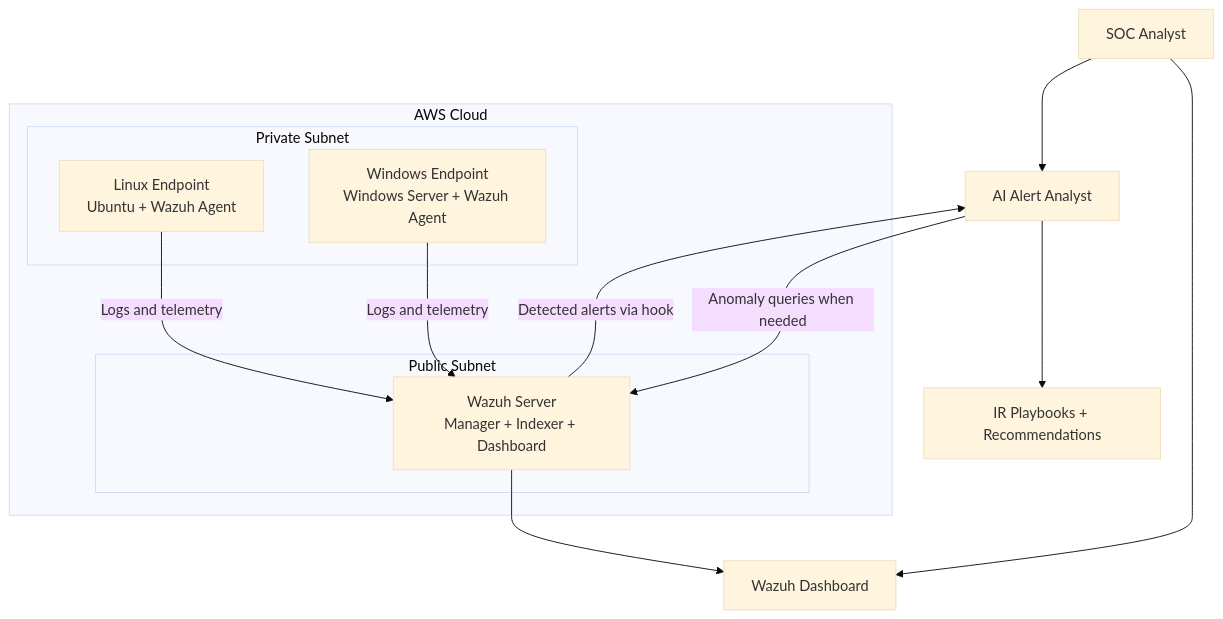
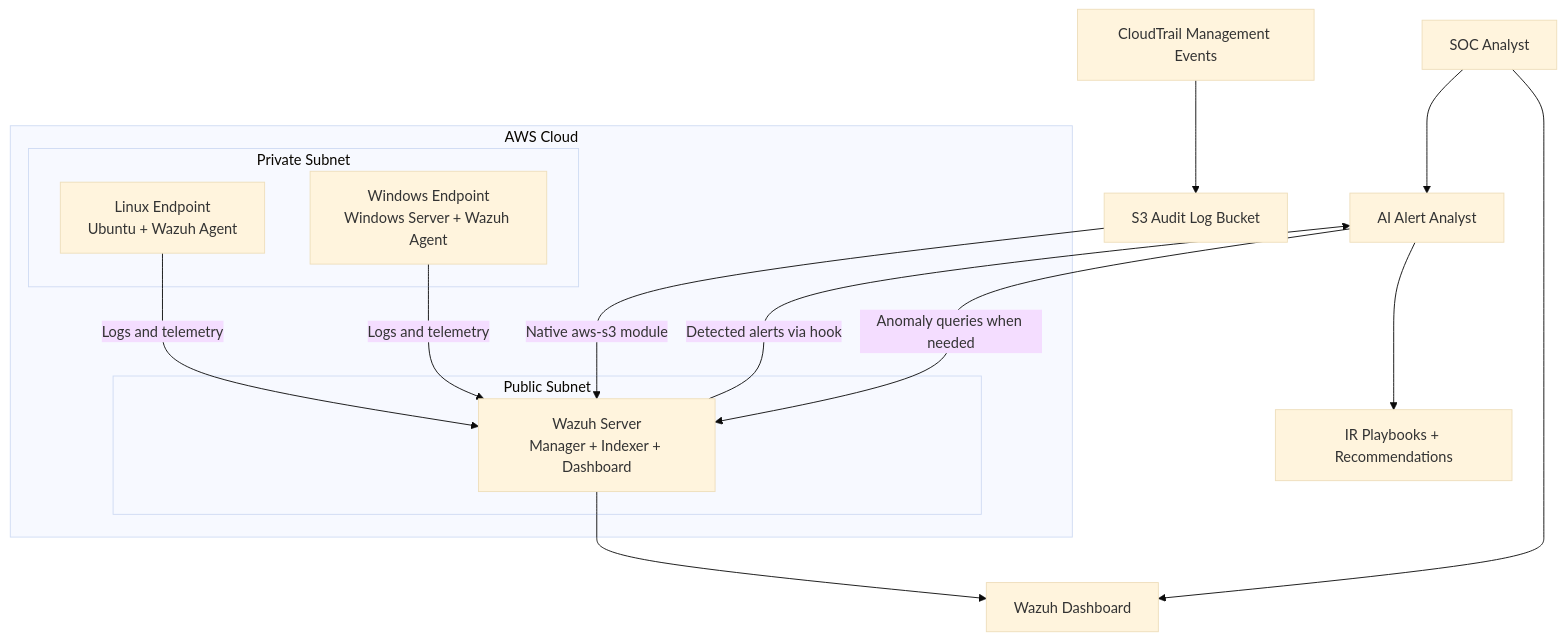
The diagram in README.md (trewwwsec/tf-aws-purple-lab), drawn with Mermaid (base theme) before and after one commit. The commit also changed other lines of this file and 7 other files, not shown here.

First line of the commit message:
Route AWS API audit logs into Wazuh natively

````diff
--- a/README.md
+++ b/README.md
@@ -48,22 +48,24 @@
 ```mermaid
 graph TB
     Analyst[SOC Analyst] --> Dashboard[Wazuh Dashboard]
     Analyst --> AI[AI Alert Analyst]
 
     subgraph AWS[AWS Cloud]
         subgraph Public[Public Subnet]
             Wazuh[Wazuh Server\nManager + Indexer + Dashboard]
         end
         subgraph Private[Private Subnet]
             Linux[Linux Endpoint\nUbuntu + Wazuh Agent]
             Windows[Windows Endpoint\nWindows Server + Wazuh Agent]
         end
     end
 
+    CloudTrail[CloudTrail Management Events] --> S3[S3 Audit Log Bucket]
+    S3 -->|Native aws-s3 module| Wazuh
     Linux -->|Logs and telemetry| Wazuh
     Windows -->|Logs and telemetry| Wazuh
     Wazuh -->|Detected alerts via hook| AI
     AI -->|Anomaly queries when needed| Wazuh
     Wazuh --> Dashboard
     AI --> Playbooks[IR Playbooks + Recommendations]
 ```
````
